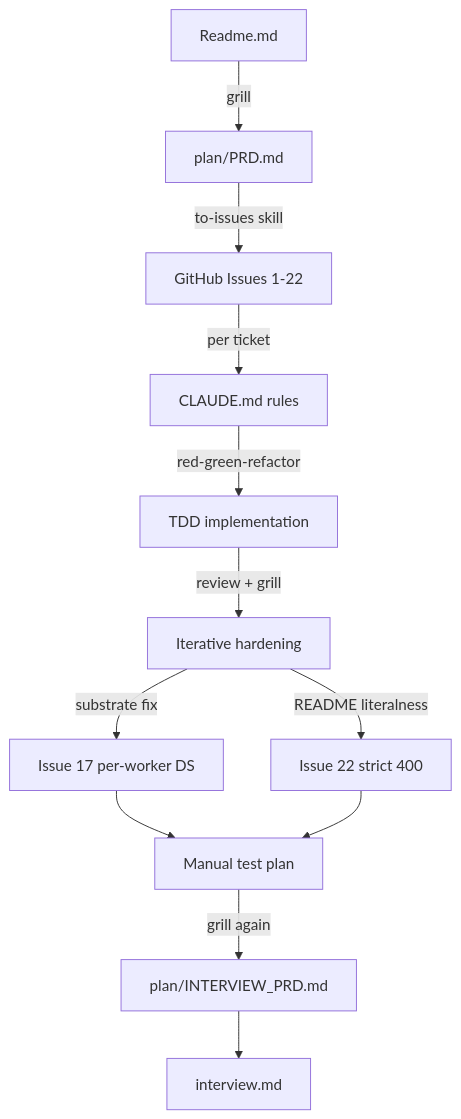
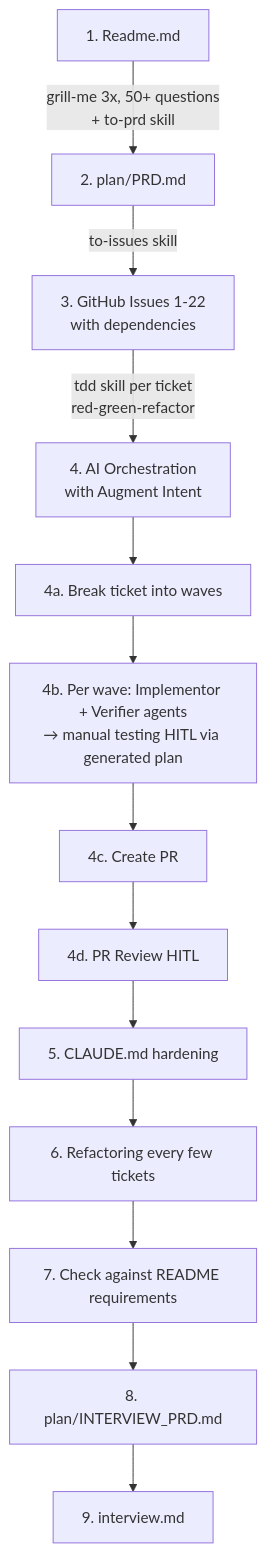
One commit to hancrafted/async-worfklow-backend-challenge changed the diagram in interview.md. Above: the diagram before and after it, drawn with Mermaid. The commit also changed other lines of this file, not shown here.

First line of the commit message:
docs: streamline interview.md process section with mermaid diagram

````diff
--- a/interview.md
+++ b/interview.md
@@ -33,14 +25,16 @@
 ```mermaid
 flowchart TD
-    A[Readme.md] -->|grill| B[plan/PRD.md]
-    B -->|to-issues skill| C[GitHub Issues 1-22]
-    C -->|per ticket| D[CLAUDE.md rules]
-    D -->|red-green-refactor| E[TDD implementation]
-    E -->|review + grill| F[Iterative hardening]
-    F -->|substrate fix| G[Issue 17 per-worker DS]
-    F -->|README literalness| H[Issue 22 strict 400]
-    G --> I[Manual test plan]
-    H --> I
-    I -->|grill again| J[plan/INTERVIEW_PRD.md]
-    J --> K[interview.md]
+    A[1. Readme.md] -->|grill-me 3x, 50+ questions<br/>+ to-prd skill| B[2. plan/PRD.md]
+    B -->|to-issues skill| C[3. GitHub Issues 1-22<br/>with dependencies]
+    C -->|tdd skill per ticket<br/>red-green-refactor| D[4. AI Orchestration<br/>with Augment Intent]
+    D --> D1[4a. Break ticket into waves]
+    D1 --> D2[4b. Per wave: Implementor + Verifier agents<br/>→ manual testing HITL via generated plan]
+    D2 --> D3[4c. Create PR]
+    D3 --> D4[4d. PR Review HITL]
+    D4 --> E[5. CLAUDE.md hardening]
+    E --> F[6. Refactoring every few tickets]
+    F --> G[7. Check against README requirements]
+    G --> H[8. plan/INTERVIEW_PRD.md]
+    H --> I[9. interview.md]
+    click C "https://github.com/hancrafted/async-worfklow-backend-challenge/issues" "GitHub Issues"
 ```
````
